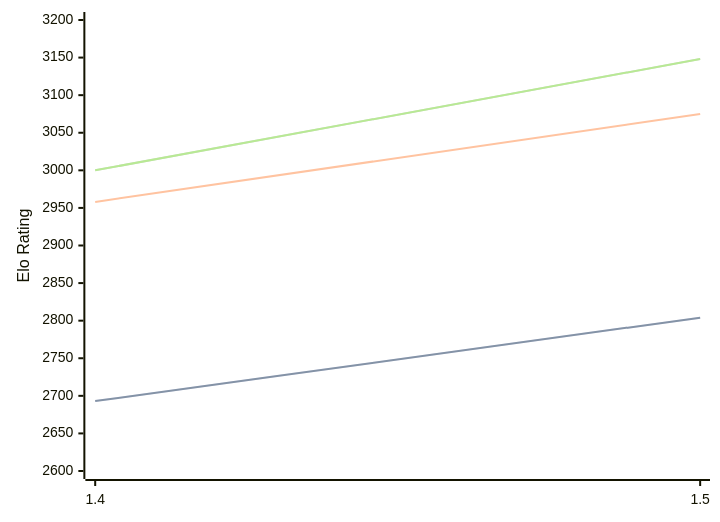
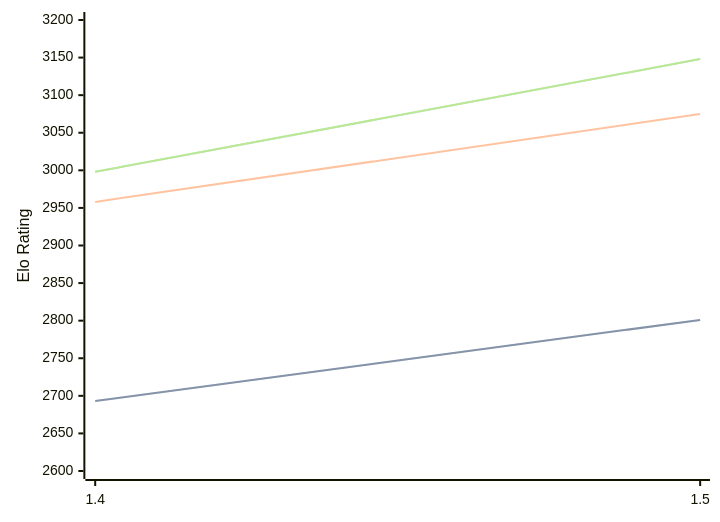
One commit to computer-chess-index/cci changed the diagram in engines/Yakka.md. Above: the diagram before and after it, drawn with Mermaid. The commit also changed other lines of this file, not shown here.

Commit message:
Update CCI Ratings (ELO VLTC) - 2026-04-20

````diff
--- a/engines/Yakka.md
+++ b/engines/Yakka.md
@@ -36,11 +36,11 @@
 ```mermaid
 %%{init: {"theme":"base","themeVariables":{"seriesColors:['#a3a3a3','#222221','#faa371']}}}%%
 xychart-beta
   x-axis ["1.4", "1.5"]
   y-axis "Elo Rating" 2600 --> 3200
-  line "STC (8.0+0.08s)" [2693, 2804]
-  line "STC (8.0+0.08s)" [2693, 2804]
+  line "STC (8.0+0.08s)" [2693, 2801]
+  line "STC (8.0+0.08s)" [2693, 2801]
   line "LTC (60.0+0.60s)" [2958, 3075]
-  line "VLTC (2m24s+1.12s)" [3000, 3148]
-  line "VLTC (2m24s+1.12s)" [3000, 3148]
+  line "VLTC (2m24s+1.12s)" [2998, 3148]
+  line "VLTC (2m24s+1.12s)" [2998, 3148]
 ```
````
